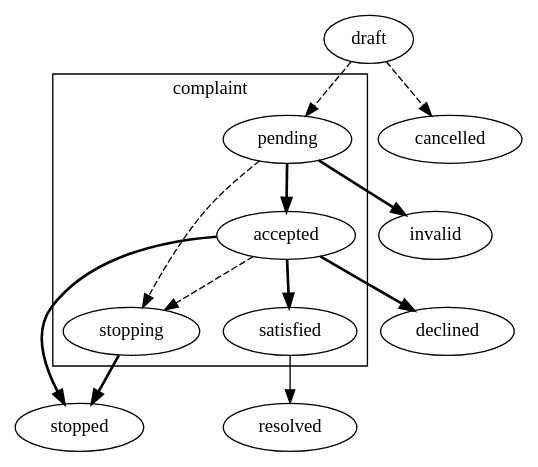
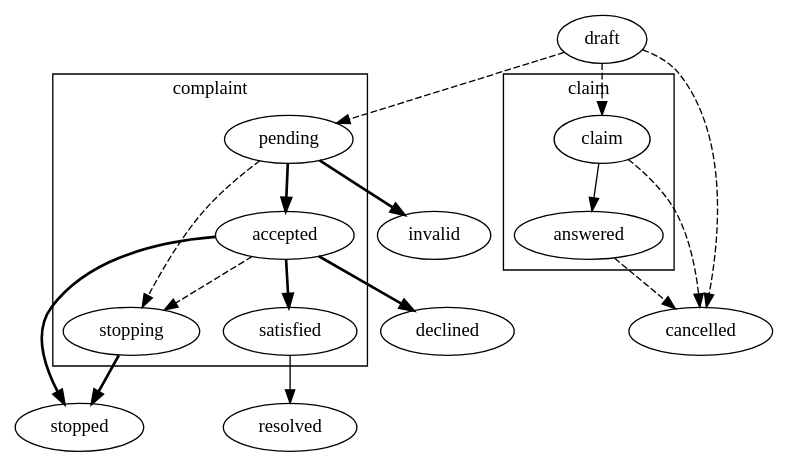
Before and after one commit to ProzorroUKR/openprocurement.api: the second of 2 diagrams in docs/source/complaints.rst, drawn with Graphviz. The commit also changed other lines of this file and 24 other files, not shown here.

```diff
--- a/docs/source/complaints.rst
+++ b/docs/source/complaints.rst
@@ -53,16 +53,23 @@
 .. graphviz::
 
     digraph G {
         subgraph cluster_complaint {
             label = "complaint";
             pending; accepted; stopping; satisfied;
         }
+        subgraph cluster_claim {
+            label = "claim";
+            claim; answered;
+        }
+        claim -> answered;
         satisfied -> resolved;
         edge[style=dashed];
-        draft -> {pending,cancelled}; 
-        {pending,accepted} -> stopping;
+        draft -> {claim,pending};
+        {draft,claim,answered} -> cancelled;
+        pending -> stopping;
+        accepted -> stopping;
         edge[style=bold];
         pending -> {accepted,invalid};
         stopping -> stopped;
         accepted -> {declined,satisfied,stopped};
     }
```
